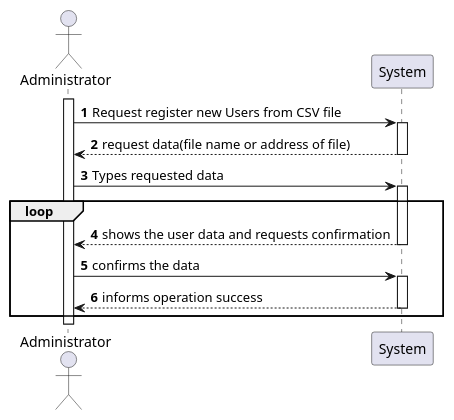
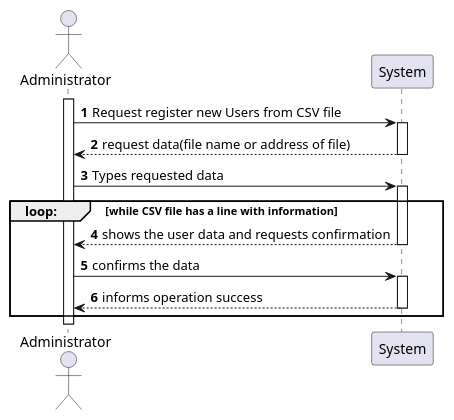
One commit to osnilas/SNSsystem changed the diagram in docs/SprintC/US014/US014_SSD.puml. Above: the diagram before and after it, drawn with PlantUML. The commit also changed 11 other files, not shown here.

```diff
--- a/docs/SprintC/US014/US014_SSD.puml
+++ b/docs/SprintC/US014/US014_SSD.puml
@@ -1,21 +1,21 @@
  @startuml
     'https://plantuml.com/sequence-diagram
 
     autonumber
     actor Administrator
     activate Administrator
     Administrator -> System: Request register new Users from CSV file
     activate System
     System --> Administrator: request data(file name or address of file)
     deactivate System
     System <- Administrator: Types requested data
     activate System
-    group loop
+    group loop: [while CSV file has a line with information]
     Administrator <-- System: shows the user data and requests confirmation
     deactivate System
     Administrator -> System: confirms the data
     activate System
     Administrator <-- System: informs operation success
     deactivate System
     end
     @enduml
```
